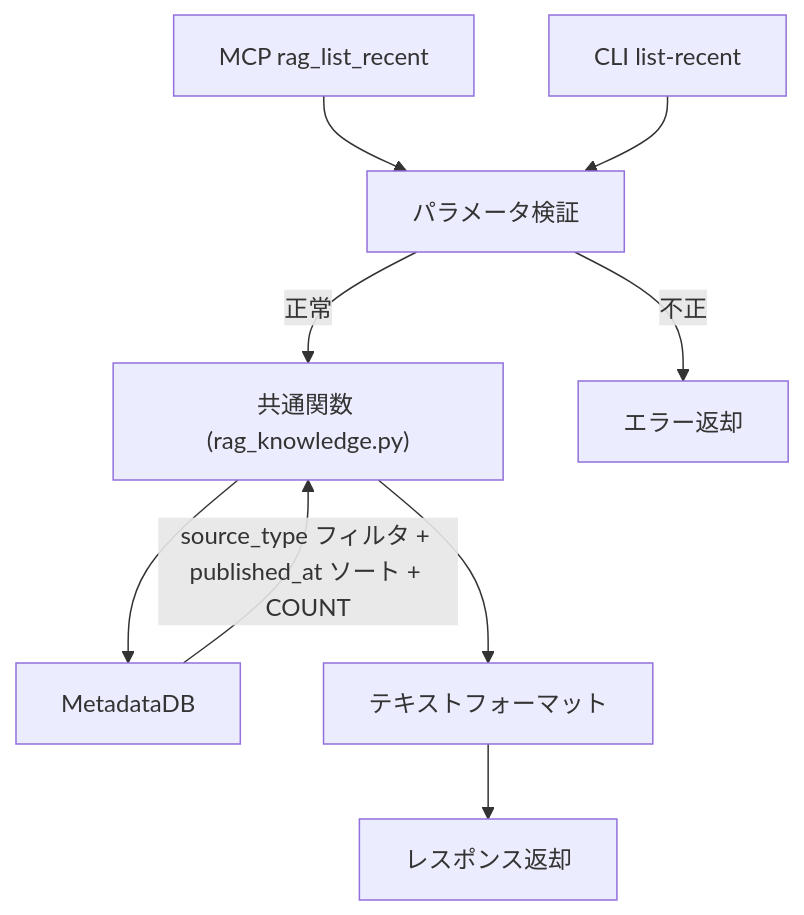
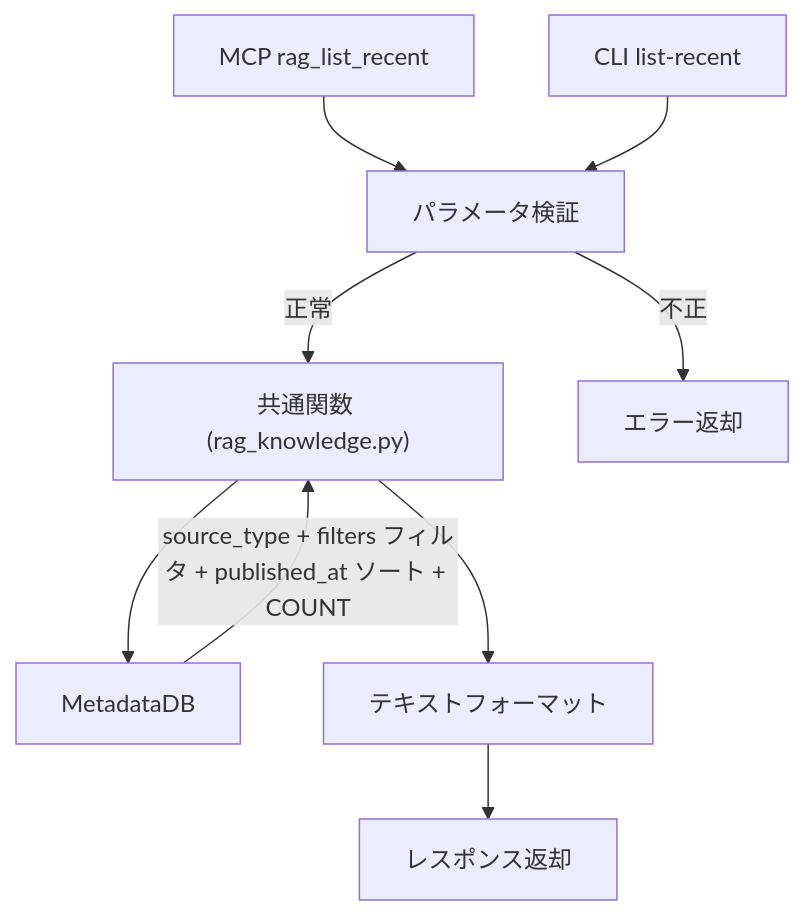
Before and after one commit to becky3/rag-knowledge: the diagram in docs/specs/infrastructure/content-listing.md, drawn with Mermaid. The commit also changed other lines of this file and 5 other files, not shown here.

````diff
--- a/docs/specs/infrastructure/content-listing.md
+++ b/docs/specs/infrastructure/content-listing.md
@@ -136,19 +140,19 @@
 ```mermaid
 flowchart TD
     MCP["MCP rag_list_recent"]
     CLI["CLI list-recent"]
     VALIDATE["パラメータ検証"]
     SERVICE["共通関数 (rag_knowledge.py)"]
     METADB["MetadataDB"]
     FORMAT["テキストフォーマット"]
     RESPONSE["レスポンス返却"]
 
     MCP --> VALIDATE
     CLI --> VALIDATE
     VALIDATE -->|不正| ERROR["エラー返却"]
     VALIDATE -->|正常| SERVICE
     SERVICE --> METADB
-    METADB -->|"source_type フィルタ + published_at ソート + COUNT"| SERVICE
+    METADB -->|"source_type + filters フィルタ + published_at ソート + COUNT"| SERVICE
     SERVICE --> FORMAT
     FORMAT --> RESPONSE
 ```
````
